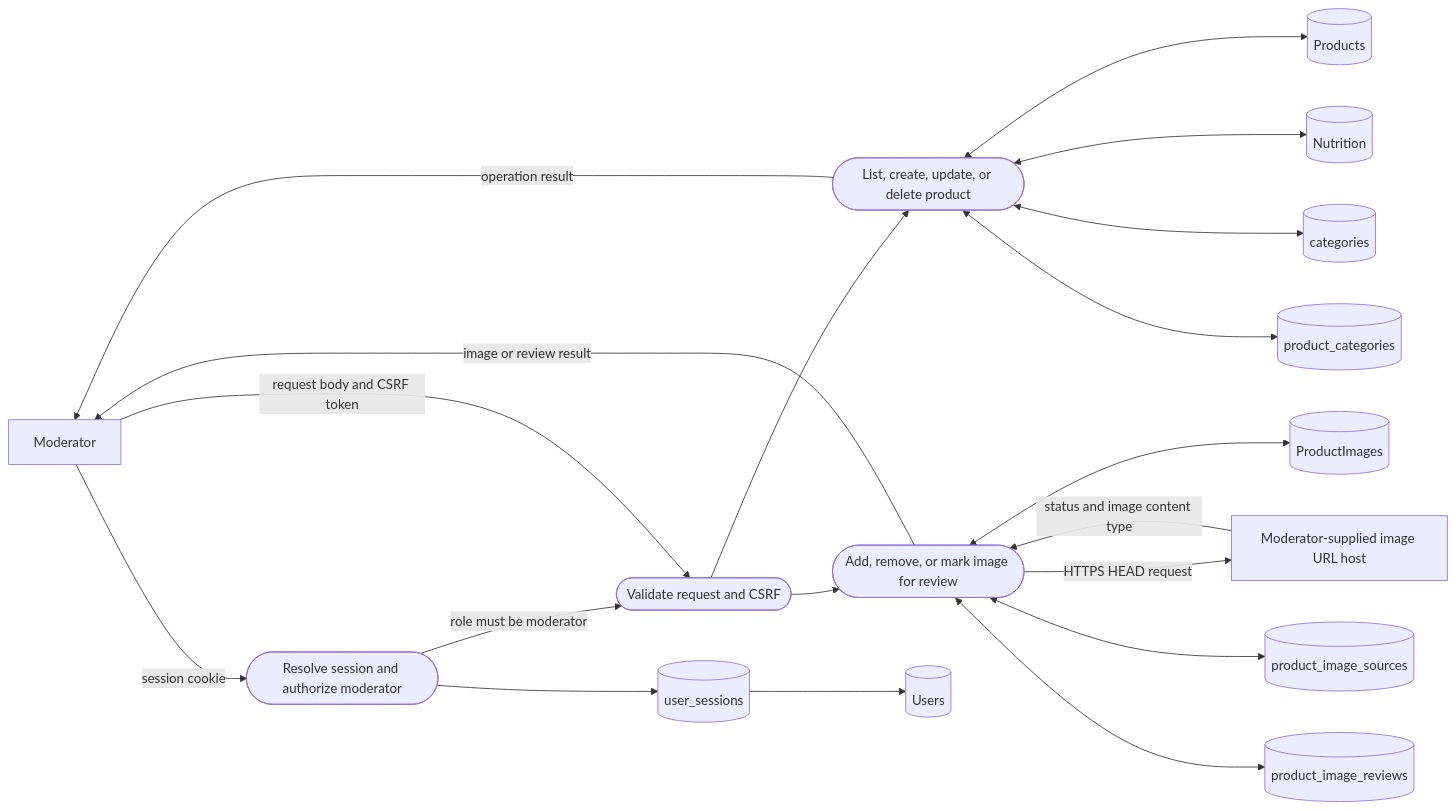
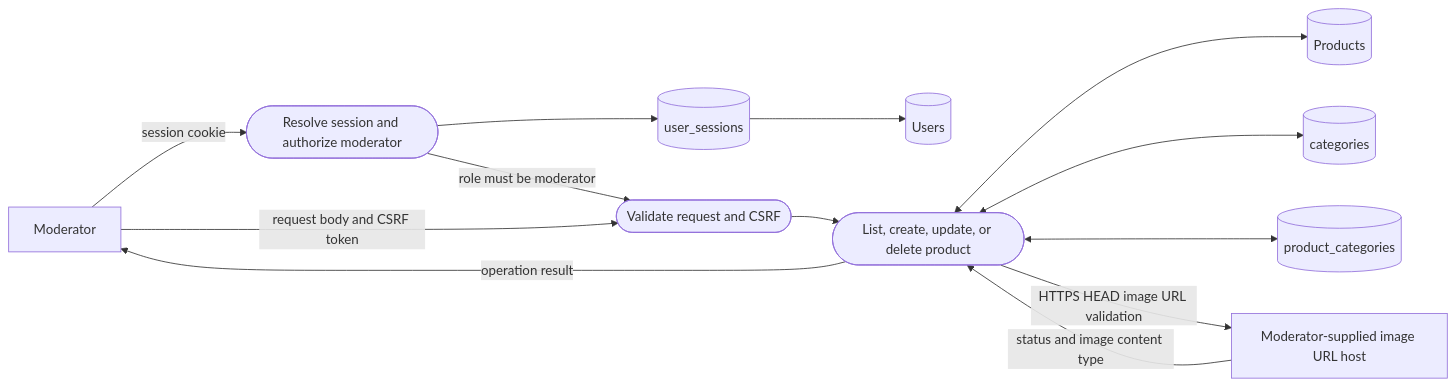
The third of 4 diagrams in docs/software-design/dfd-level-2.md (Nutrascore/nutrascore), drawn with Mermaid before and after one commit. The commit also changed other lines of this file and 55 other files, not shown here.

````diff
--- a/docs/software-design/dfd-level-2.md
+++ b/docs/software-design/dfd-level-2.md
@@ -98,38 +89,27 @@
 ```mermaid
 flowchart LR
     M[Moderator]
     AUTH(["Resolve session and authorize moderator"])
     VALIDATE(["Validate request and CSRF"])
     PRODUCTS(["List, create, update, or delete product"])
-    IMAGE(["Add, remove, or mark image for review"])
     HOST[Moderator-supplied image URL host]
     USERS[(Users)]
     SESS[(user_sessions)]
     P[(Products)]
-    N[(Nutrition)]
     C[(categories)]
     PC[(product_categories)]
-    I[(ProductImages)]
-    SOURCE[(product_image_sources)]
-    REVIEW[(product_image_reviews)]
 
     M -->|session cookie| AUTH
     AUTH --> SESS
     SESS --> USERS
     AUTH -->|role must be moderator| VALIDATE
     M -->|request body and CSRF token| VALIDATE
     VALIDATE --> PRODUCTS
     PRODUCTS <--> P
-    PRODUCTS <--> N
     PRODUCTS <--> C
     PRODUCTS <--> PC
     PRODUCTS -->|operation result| M
 
-    VALIDATE --> IMAGE
-    IMAGE -->|HTTPS HEAD request| HOST
-    HOST -->|status and image content type| IMAGE
-    IMAGE <--> I
-    IMAGE <--> SOURCE
-    IMAGE <--> REVIEW
-    IMAGE -->|image or review result| M
+    PRODUCTS -->|HTTPS HEAD image URL validation| HOST
+    HOST -->|status and image content type| PRODUCTS
 ```
````
